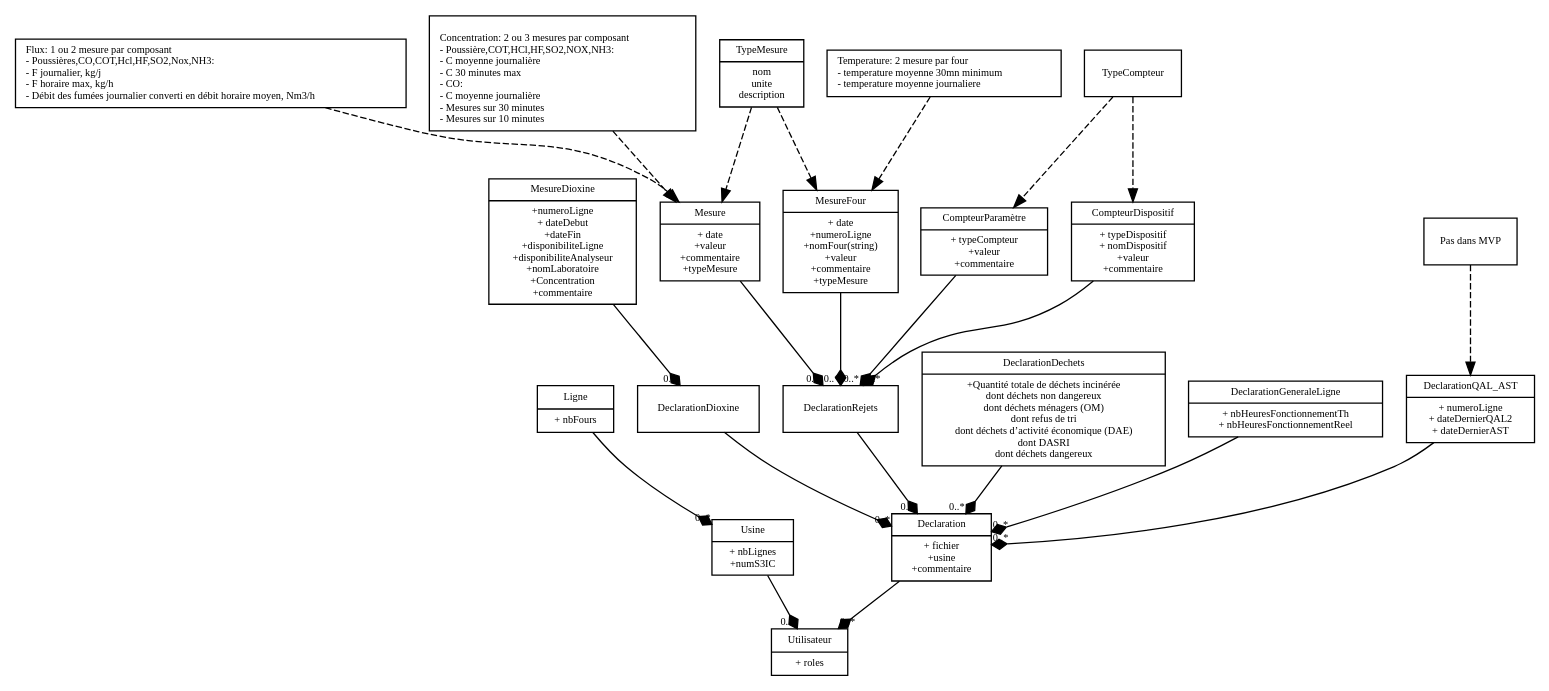
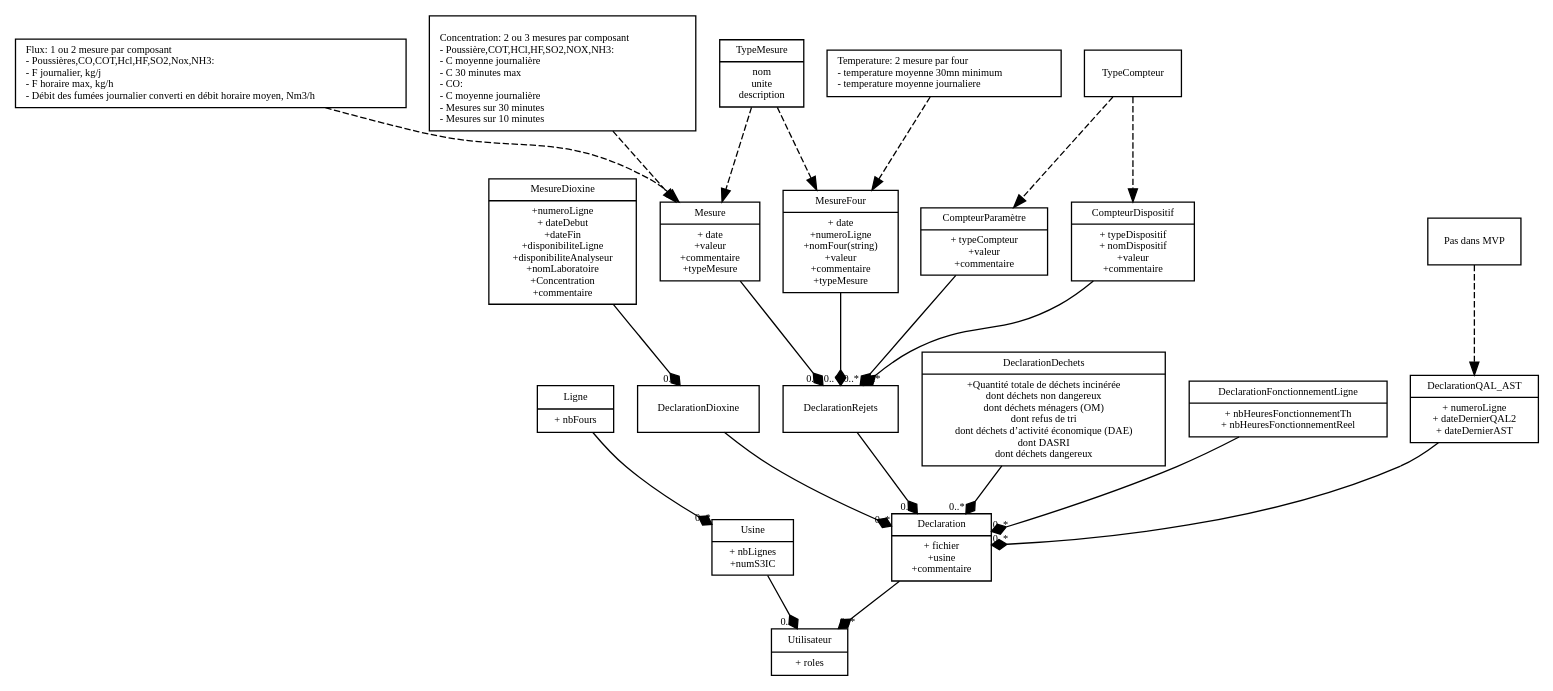
Before and after one commit to MTES-MCT/aeris: the diagram in documentation/domain.dot, drawn with Graphviz. The commit also changed 4 other files, not shown here.

```diff
--- a/documentation/domain.dot
+++ b/documentation/domain.dot
@@ -1,104 +1,104 @@
 /* 
 Generate png with. Requires graphviz
 $ dot -Tpng domain.dot -o domain.png
 */
 digraph G {
         fontname = "Bitstream Vera Sans"
         fontsize = 8
 
         node [
                 fontname = "Bitstream Vera Sans"
                 fontsize = 8
                 shape = "record"
         ]
 
         edge [
                 fontname = "Bitstream Vera Sans"
                 fontsize = 8
                 style="filled"
         ]
 
         Utilisateur [label = "{Utilisateur|+ roles}"]
         Usine [label = "{Usine|+ nbLignes\n+numS3IC}"]
         Ligne [label = "{Ligne|+ nbFours}"]
         Declaration [label = "{Declaration|+ fichier\n+usine\n+commentaire}"]
         DeclarationDioxine []
         DeclarationRejets []
 
         DeclarationDechets [label = "{DeclarationDechets|+Quantité totale de déchets incinérée\ndont déchets non dangereux\ndont déchets ménagers (OM)\ndont refus de tri\ndont déchets d’activité économique (DAE)\ndont DASRI\ndont déchets dangereux
 }"]
-        DeclarationGeneraleLigne [label = "{DeclarationGeneraleLigne|+ nbHeuresFonctionnementTh\n+ nbHeuresFonctionnementReel}"]
+        DeclarationFonctionnementLigne [label = "{DeclarationFonctionnementLigne|+ nbHeuresFonctionnementTh\n+ nbHeuresFonctionnementReel}"]
         DeclarationQAL_AST [label = "{DeclarationQAL_AST|+ numeroLigne\n+ dateDernierQAL2\n+ dateDernierAST}"]
 
         TypeMesure [label = "{TypeMesure|nom\nunite\ndescription}"]
         Mesure [label = "{Mesure|+ date\n+valeur\n+commentaire\n+typeMesure}"]
         MesureFour [label = "{MesureFour|+ date\n+numeroLigne\n+nomFour(string)\n+valeur\n+commentaire\n+typeMesure}"]
 
         MesureDioxine [label = "{MesureDioxine|+numeroLigne\n+ dateDebut\n+dateFin\n+disponibiliteLigne\n+disponibiliteAnalyseur\n+nomLaboratoire\n+Concentration\n+commentaire\n}"]
 
         NoteMesureFlux [label="Flux: 1 ou 2 mesure par composant
 \l - Poussières,CO,COT,Hcl,HF,SO2,Nox,NH3: 
 \l  - F journalier, kg/j
 \l  - F horaire max, kg/h
 \l - Débit des fumées journalier converti en débit horaire moyen, Nm3/h
 \l"]
 
         NotePasDansMVP [label = "Pas dans MVP"]
         NoteMesureConcentration [label="
 \lConcentration: 2 ou 3 mesures par composant
 \l - Poussière,COT,HCl,HF,SO2,NOX,NH3: 
 \l  - C moyenne journalière
 \l  - C 30 minutes max
 \l - CO:
 \l  - C moyenne journalière
 \l  - Mesures sur 30 minutes
 \l  - Mesures sur 10 minutes
 \l"]
 
         NoteTemperature [label="Temperature: 2 mesure par four
 \l - temperature moyenne 30mn minimum
 \l - temperature moyenne journaliere
 \l"]
 
         CompteurParamètre [label = "{CompteurParamètre|+ typeCompteur\n+valeur\n+commentaire}"]
         CompteurDispositif [label = "{CompteurDispositif|+ typeDispositif\n+ nomDispositif\n+valeur\n+commentaire}"]
         TypeCompteur [label = "{TypeCompteur}"]
 
         edge [
                 style = "dashed"
         ]
 
         NoteMesureFlux -> Mesure
         NoteMesureConcentration -> Mesure
         NoteTemperature -> MesureFour
         NotePasDansMVP -> DeclarationQAL_AST
 
         TypeMesure -> MesureFour
         TypeMesure -> Mesure
         TypeCompteur -> CompteurDispositif
         TypeCompteur -> CompteurParamètre
         
         edge [
                 arrowhead = "diamond"
                 headlabel = "0..*"
                 style="filled"
         ]
 
         Ligne ->  Usine -> Utilisateur
         Declaration ->  Utilisateur
 
         // Declaration générales
-        DeclarationGeneraleLigne -> Declaration
+        DeclarationFonctionnementLigne -> Declaration
         DeclarationDechets -> Declaration
         DeclarationQAL_AST -> Declaration
         
         // Declaration des dioxines
         MesureDioxine -> DeclarationDioxine -> Declaration
 
         // Declaration des rejets
         DeclarationRejets -> Declaration
         CompteurParamètre -> DeclarationRejets
         CompteurDispositif -> DeclarationRejets
         Mesure -> DeclarationRejets
         MesureFour -> DeclarationRejets
 }
```
